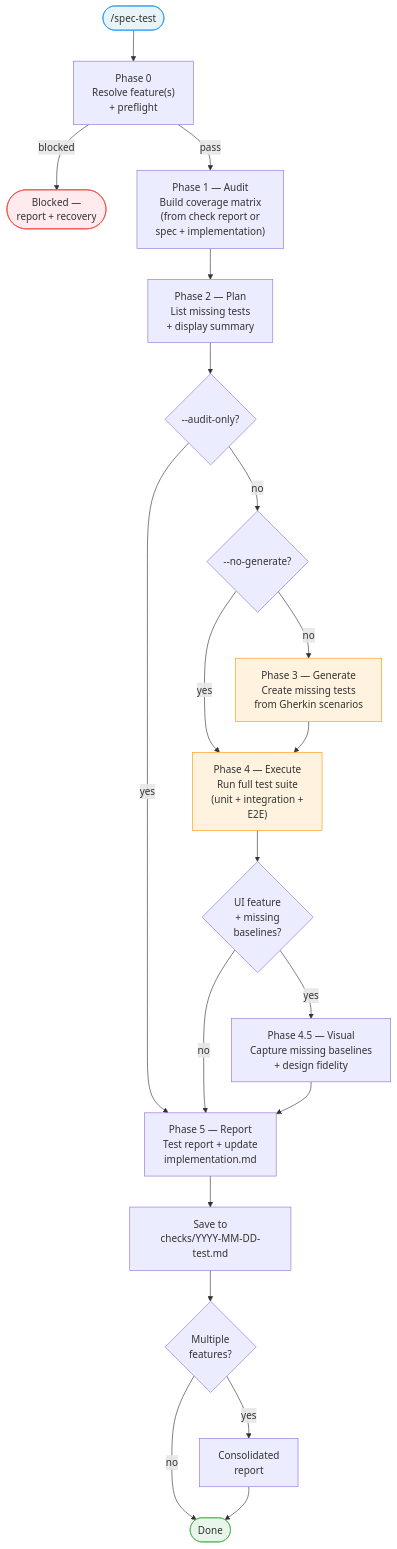
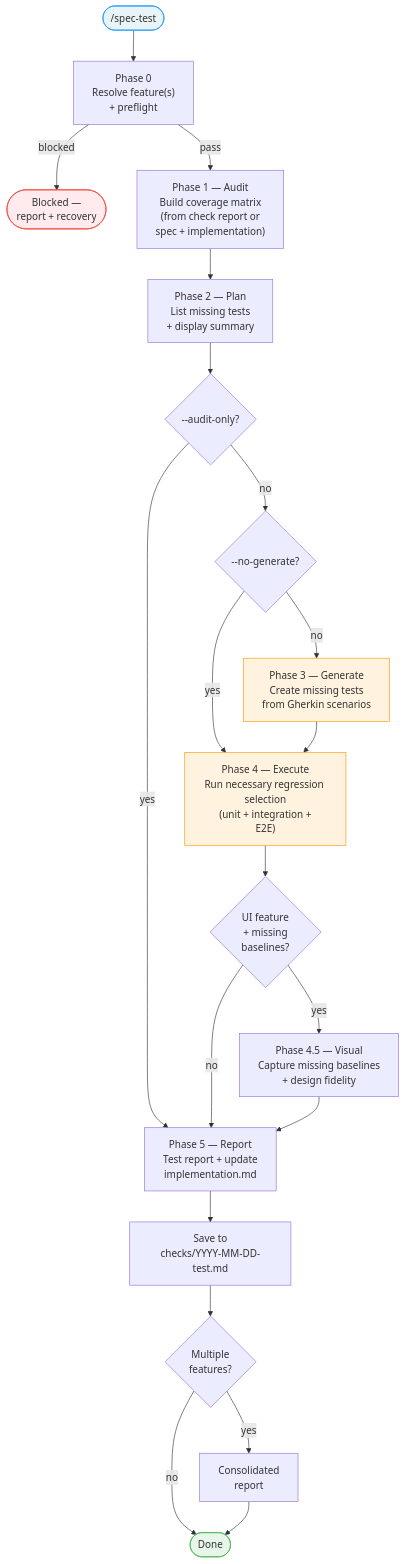
Before and after one commit to julien-m/livespec: the diagram in .agent-sync/skills/spec-test/SKILL.md, drawn with Mermaid. The commit also changed other lines of this file and 47 other files, not shown here.

Commit message:
feat: bound test execution and require necessary validation

````diff
--- a/.agent-sync/skills/spec-test/SKILL.md
+++ b/.agent-sync/skills/spec-test/SKILL.md
@@ -98,28 +100,28 @@
 ```mermaid
 flowchart TD
     START(["/spec-test"]) --> RESOLVE["Phase 0\nResolve feature(s)\n+ preflight"]
     RESOLVE -->|"blocked"| BLOCKED(["Blocked —\nreport + recovery"])
     RESOLVE -->|"pass"| AUDIT["Phase 1 — Audit\nBuild coverage matrix\n(from check report or\nspec + implementation)"]
     AUDIT --> PLAN["Phase 2 — Plan\nList missing tests\n+ display summary"]
     PLAN --> AO{"--audit-only?"}
     AO -->|"yes"| REPORT
     AO -->|"no"| NG{"--no-generate?"}
     NG -->|"yes"| EXECUTE
     NG -->|"no"| GENERATE["Phase 3 — Generate\nCreate missing tests\nfrom Gherkin scenarios"]
-    GENERATE --> EXECUTE["Phase 4 — Execute\nRun full test suite\n(unit + integration +\nE2E)"]
+    GENERATE --> EXECUTE["Phase 4 — Execute\nRun necessary regression selection\n(unit + integration +\nE2E)"]
     EXECUTE --> VIS{"UI feature\n+ missing\nbaselines?"}
     VIS -->|"yes"| VISUAL["Phase 4.5 — Visual\nCapture missing baselines\n+ design fidelity"]
     VIS -->|"no"| REPORT
     VISUAL --> REPORT["Phase 5 — Report\nTest report + update\nimplementation.md"]
     REPORT --> SAVE["Save to\nchecks/YYYY-MM-DD-test.md"]
     SAVE --> MULTI{"Multiple\nfeatures?"}
     MULTI -->|"yes"| CONSOL["Consolidated\nreport"]
     MULTI -->|"no"| DONE(["Done"])
     CONSOL --> DONE
 
     style START fill:#e8f4f8,stroke:#2196F3
     style BLOCKED fill:#ffebee,stroke:#F44336
     style GENERATE fill:#fff3e0,stroke:#FF9800
     style EXECUTE fill:#fff3e0,stroke:#FF9800
     style DONE fill:#e8f5e9,stroke:#4CAF50
 ```
````
